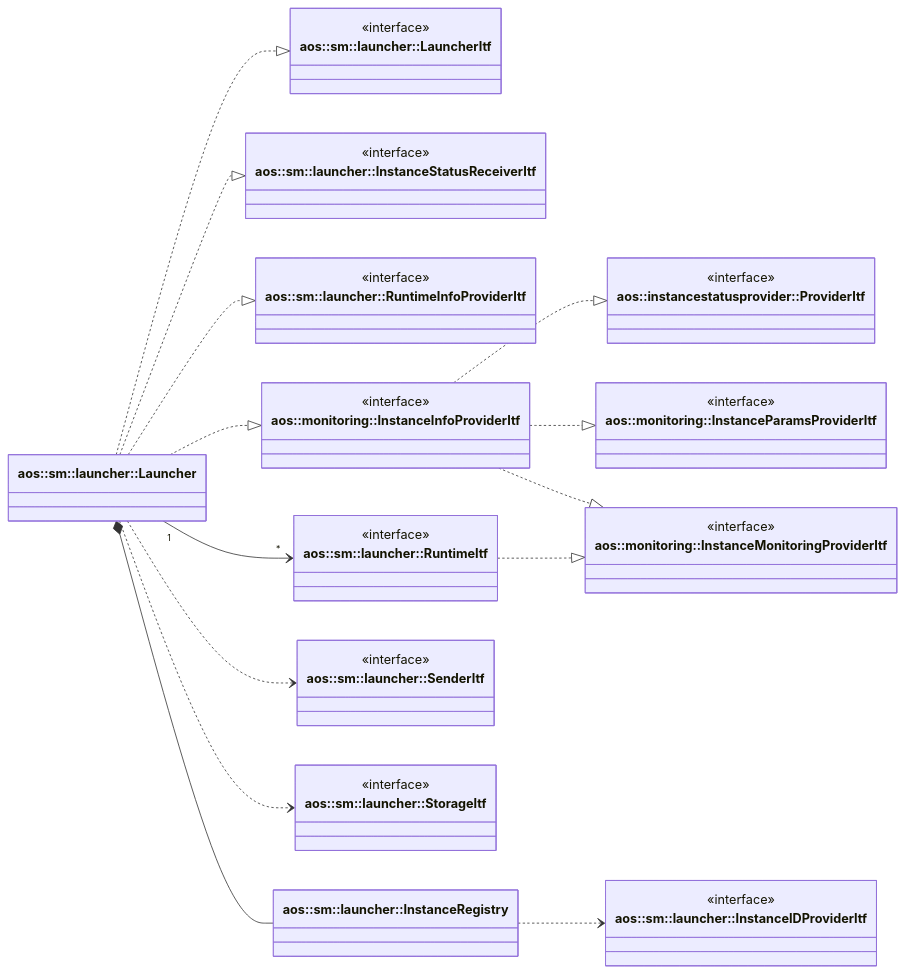
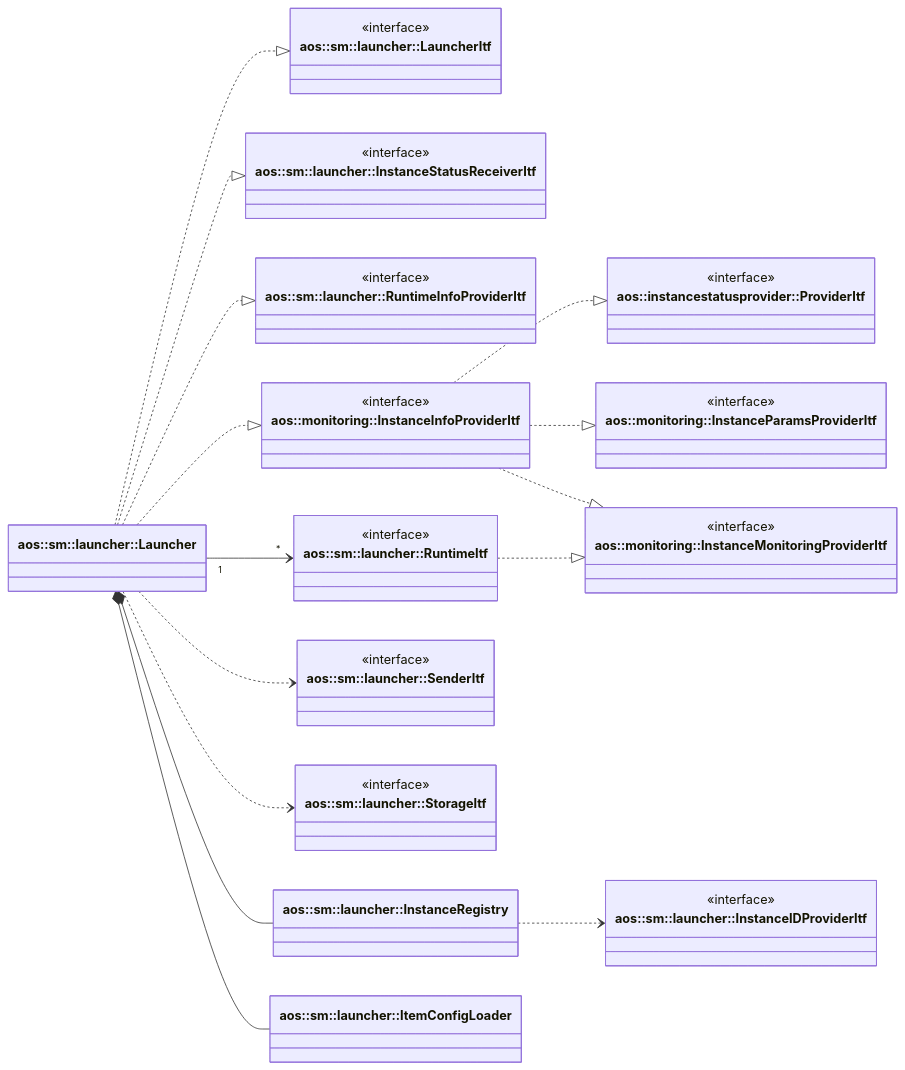
The first of 3 diagrams in src/core/sm/launcher/launcher.md (aosedge/aos_core_lib_cpp), drawn with Mermaid before and after one commit. The commit also changed other lines of this file and 7 other files, not shown here.

First line of the commit message:
sm: launcher: move item configs loading to item config loader

````diff
--- a/src/core/sm/launcher/launcher.md
+++ b/src/core/sm/launcher/launcher.md
@@ -40,69 +40,73 @@
 ```mermaid
 classDiagram
     direction LR
 
     class Launcher ["aos::sm::launcher::Launcher"] {
     }
 
     class LauncherItf ["aos::sm::launcher::LauncherItf"] {
         <<interface>>
     }
 
     class InstanceStatusReceiverItf ["aos::sm::launcher::InstanceStatusReceiverItf"] {
         <<interface>>
     }
 
     class RuntimeInfoProviderItf ["aos::sm::launcher::RuntimeInfoProviderItf"] {
         <<interface>>
     }
 
     class InstanceInfoProviderItf ["aos::monitoring::InstanceInfoProviderItf"] {
         <<interface>>
     }
 
     class InstanceStatusProviderItf["aos::instancestatusprovider::ProviderItf"] {
         <<interface>>
     }
 
     class InstanceParamsProviderItf["aos::monitoring::InstanceParamsProviderItf"] {
         <<interface>>
     }
 
     class InstanceMonitoringProviderItf["aos::monitoring::InstanceMonitoringProviderItf"] {
         <<interface>>
     }
 
     class RuntimeItf ["aos::sm::launcher::RuntimeItf"] {
         <<interface>>
     }
 
     class SenderItf ["aos::sm::launcher::SenderItf"] {
         <<interface>>
     }
 
     class StorageItf ["aos::sm::launcher::StorageItf"] {
         <<interface>>
     }
 
     class InstanceRegistry ["aos::sm::launcher::InstanceRegistry"] {
     }
 
+    class ItemConfigLoader ["aos::sm::launcher::ItemConfigLoader"] {
+    }
+
     class InstanceIDProviderItf ["aos::sm::launcher::InstanceIDProviderItf"] {
         <<interface>>
     }
 
     Launcher ..|> LauncherItf
     Launcher ..|> InstanceStatusReceiverItf
     Launcher ..|> RuntimeInfoProviderItf
     Launcher ..|> InstanceInfoProviderItf
     InstanceInfoProviderItf ..|> InstanceStatusProviderItf
     InstanceInfoProviderItf ..|> InstanceParamsProviderItf
     InstanceInfoProviderItf ..|> InstanceMonitoringProviderItf
     RuntimeItf ..|> InstanceMonitoringProviderItf
 
     Launcher "1" --> "*" RuntimeItf
     Launcher ..> SenderItf
     Launcher ..> StorageItf
     Launcher *-- InstanceRegistry
+    Launcher *-- ItemConfigLoader
     InstanceRegistry ..> InstanceIDProviderItf
 ```
````
